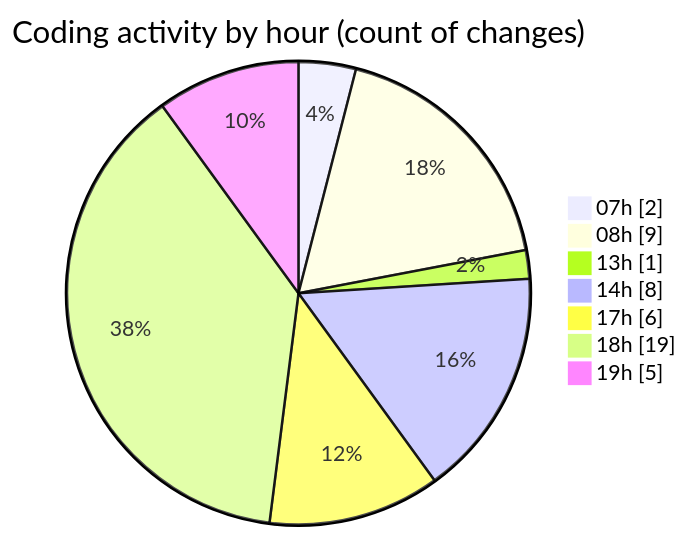
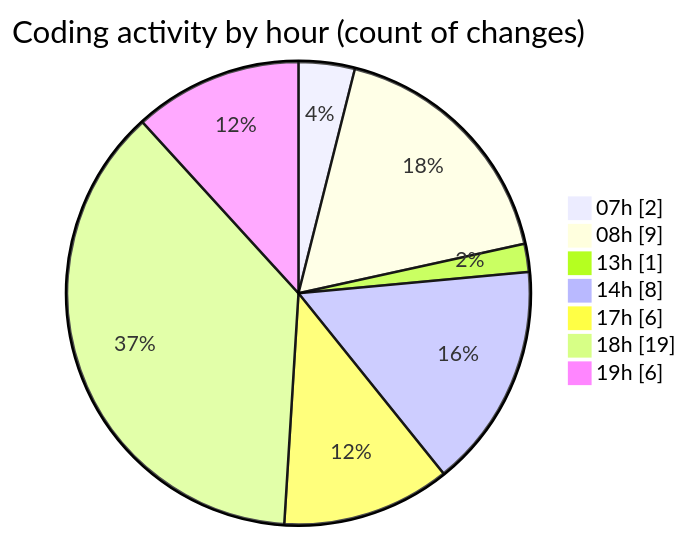
Before and after one commit to Elitesun/code-tracking: the second of 2 diagrams in 2025-05-14/niten/README.md, drawn with Mermaid. The commit also changed other lines of this file and 1 other file, not shown here.

````diff
--- a/2025-05-14/niten/README.md
+++ b/2025-05-14/niten/README.md
@@ -43,11 +43,11 @@
 ```mermaid
 pie showData
 title Coding activity by hour (count of changes)
 "07h" : 2
 "08h" : 9
 "13h" : 1
 "14h" : 8
 "17h" : 6
 "18h" : 19
-"19h" : 5
+"19h" : 6
 ```
````
